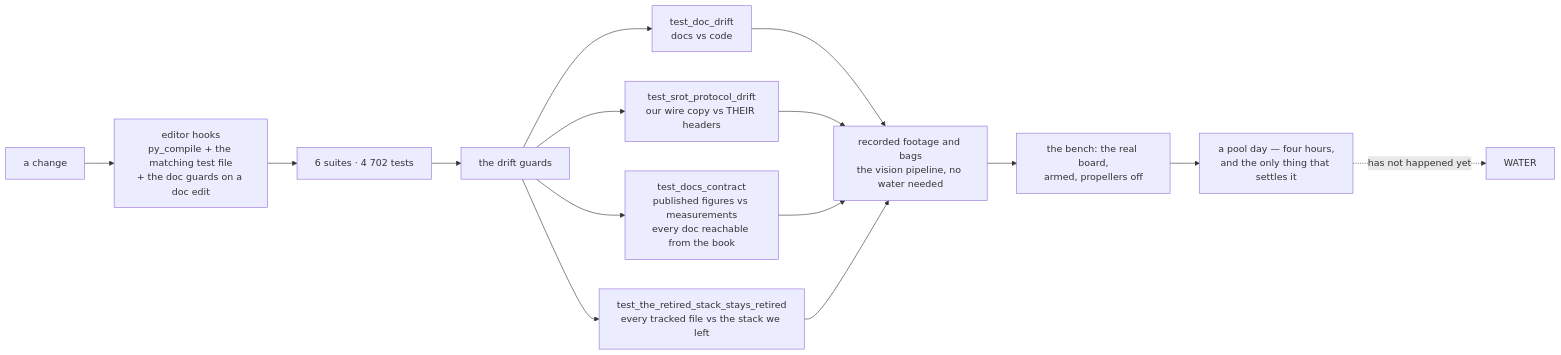
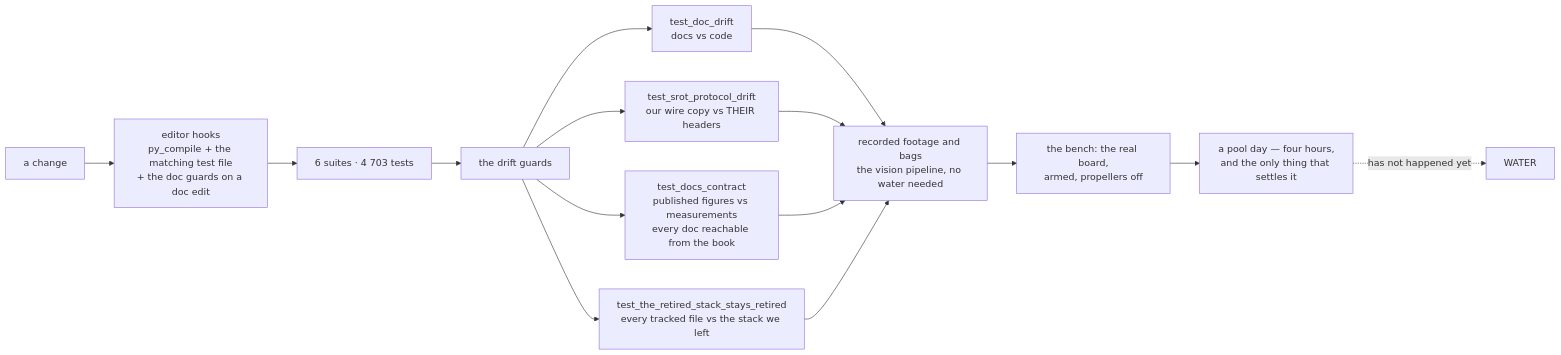
One commit to fh1m/mongla_ws changed the ninth of 10 diagrams in README.md. Above: the diagram before and after it, drawn with Mermaid. The commit also changed other lines of this file and 2 other files, not shown here.

````diff
--- a/README.md
+++ b/README.md
@@ -817,17 +817,17 @@
 ```mermaid
 flowchart LR
     DEV["a change"] --> HOOK["editor hooks<br/>py_compile + the matching test file<br/>+ the doc guards on a doc edit"]
-    HOOK --> UNIT["6 suites · 4 702 tests"]
+    HOOK --> UNIT["6 suites · 4 703 tests"]
     UNIT --> GUARD["the drift guards"]
     GUARD --> G1["test_doc_drift<br/>docs vs code"]
     GUARD --> G2["test_srot_protocol_drift<br/>our wire copy vs THEIR headers"]
     GUARD --> G3["test_docs_contract<br/>published figures vs measurements<br/>every doc reachable from the book"]
     GUARD --> G4["test_the_retired_stack_stays_retired<br/>every tracked file vs the stack we left"]
     G1 --> REPLAY["recorded footage and bags<br/>the vision pipeline, no water needed"]
     G2 --> REPLAY
     G3 --> REPLAY
     G4 --> REPLAY
     REPLAY --> BENCH["the bench: the real board,<br/>armed, propellers off"]
     BENCH --> POOL["a pool day — four hours,<br/>and the only thing that settles it"]
     POOL -.->|"has not happened yet"| WATER["WATER"]
 ```
````
